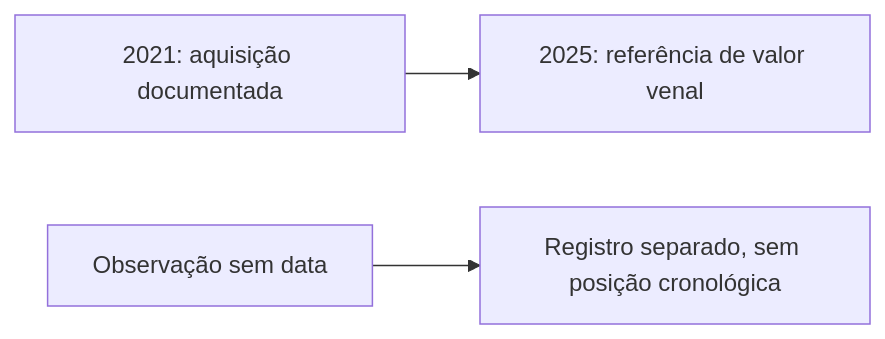
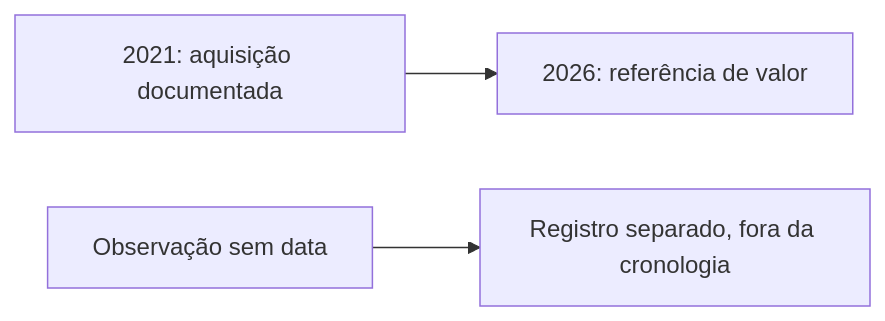
The diagram in inteligencia/patrimonial.mdx (Sherlocker-LTDA/sherlocker-docs), drawn with Mermaid before and after one commit. The commit also changed other lines of this file and 9 other files, not shown here.

````diff
--- a/inteligencia/patrimonial.mdx
+++ b/inteligencia/patrimonial.mdx
@@ -51,5 +128,5 @@
 ```mermaid
 flowchart LR
-  A[2021: aquisição documentada] --> B[2025: referência de valor venal]
-  C[Observação sem data] --> D[Registro separado, sem posição cronológica]
+  A[2021: aquisição documentada] --> B[2026: referência de valor]
+  C[Observação sem data] --> D[Registro separado, fora da cronologia]
 ```
````
